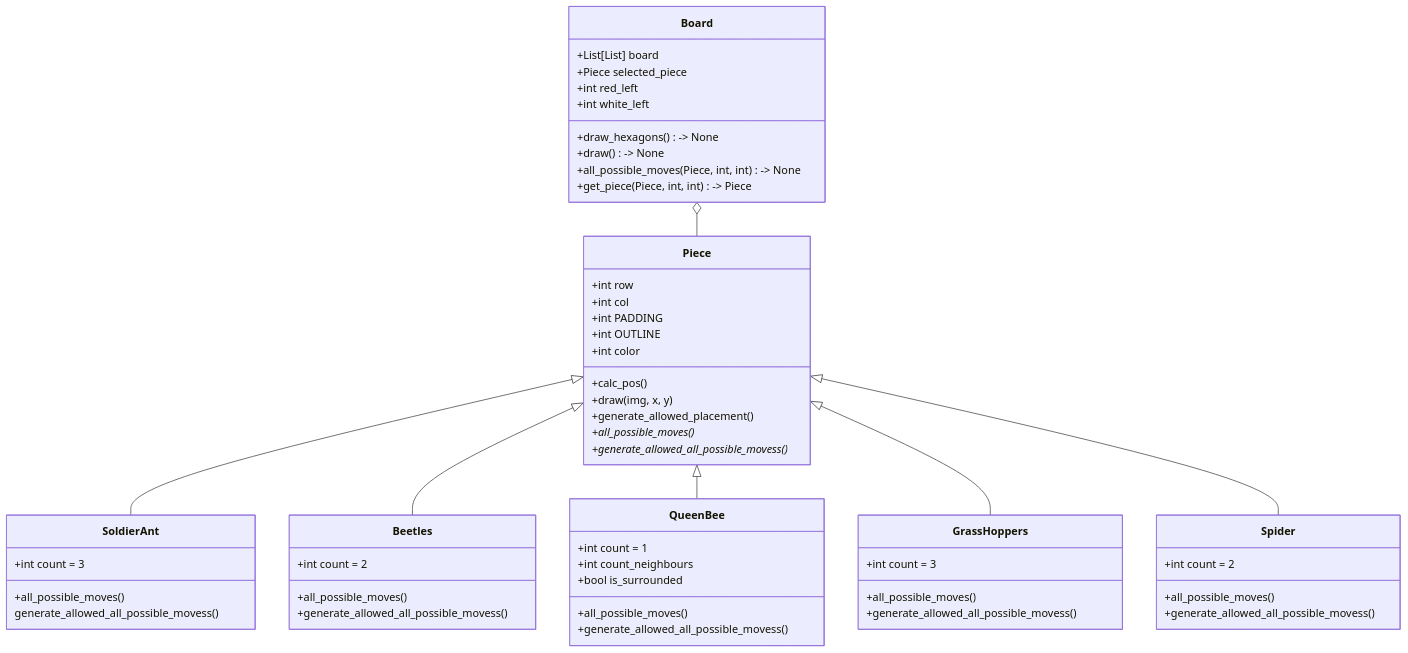
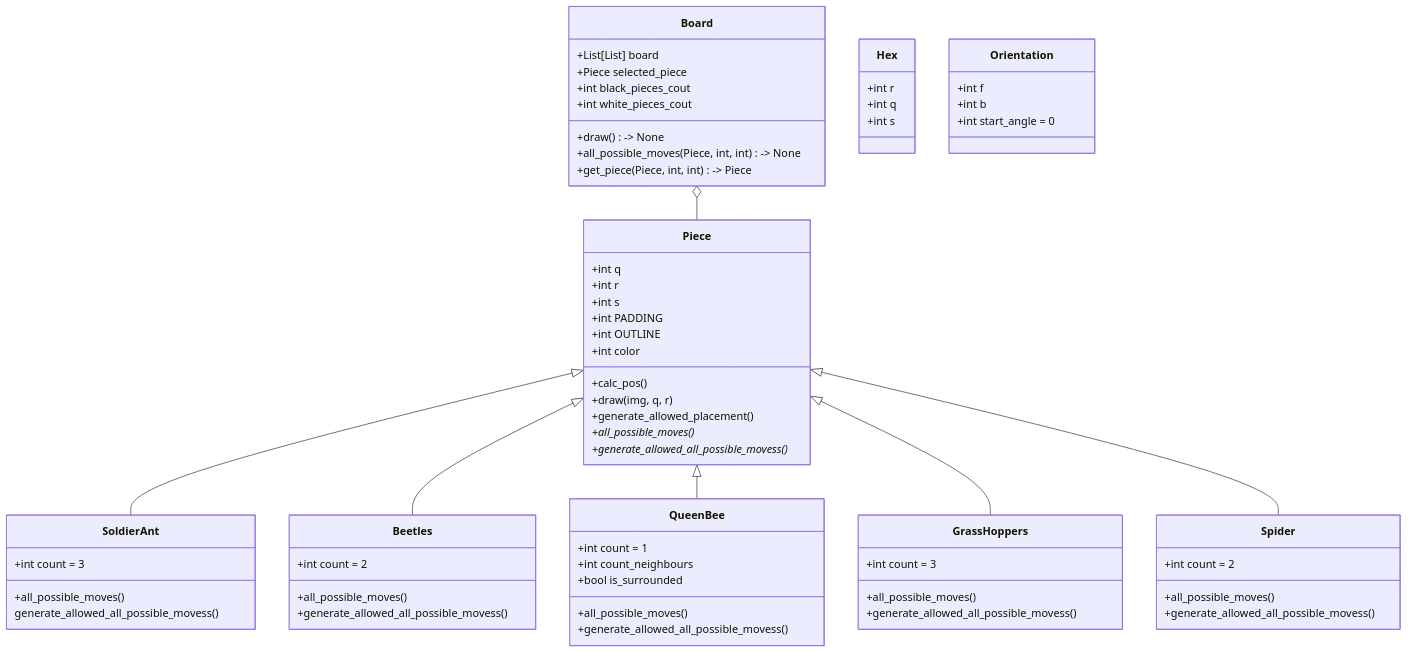
The diagram in Classes.md (youssefashmawy/HIVE-AI-Player), drawn with Mermaid before and after one commit. The commit also changed 9 other files, not shown here.

````diff
--- a/Classes.md
+++ b/Classes.md
@@ -3,58 +3,67 @@
 ```mermaid
 classDiagram
     Board: +List[List] board
     Board: +Piece selected_piece
-    Board: +int red_left
-    Board: +int white_left
-    Board: +draw_hexagons()-> None
+    Board: +int black_pieces_cout
+    Board: +int white_pieces_cout
     Board: +draw()-> None
     Board: +all_possible_moves(Piece, int, int)-> None
     Board: +get_piece(Piece, int, int)-> Piece
 
-    Piece: +int row
-    Piece: +int col
+    Hex:+int r
+    Hex:+int q
+    Hex:+int s
+
+
+    Orientation:+int f
+    Orientation:+int b
+    Orientation:+int start_angle = 0
+
+    Piece: +int q
+    Piece: +int r
+    Piece: +int s
     Piece: +int PADDING
     Piece: +int OUTLINE
     Piece: +int color
     Piece: +calc_pos()
-    Piece: +draw(img, x, y)
+    Piece: +draw(img, q, r)
     Piece: +generate_allowed_placement()
     Piece: +all_possible_moves()*
     Piece: +generate_allowed_all_possible_movess()*
 
     class SoldierAnt{
         +int count = 3
         +all_possible_moves()
         generate_allowed_all_possible_movess()
     }    
     class Beetles{
         +int count = 2
         +all_possible_moves()
         +generate_allowed_all_possible_movess()
     }
     class QueenBee{
         +int count = 1
         +int count_neighbours
         +bool is_surrounded
         +all_possible_moves()
         +generate_allowed_all_possible_movess()
     }
     class GrassHoppers{
         +int count = 3
         +all_possible_moves()
         +generate_allowed_all_possible_movess()
     }
         class Spider{
         +int count = 2
         +all_possible_moves()
         +generate_allowed_all_possible_movess()
     }
 
     Board o-- Piece
     Piece <|-- SoldierAnt
     Piece <|-- Beetles
     Piece <|-- QueenBee
     Piece <|-- GrassHoppers
     Piece <|-- Spider
 
 ```
````
